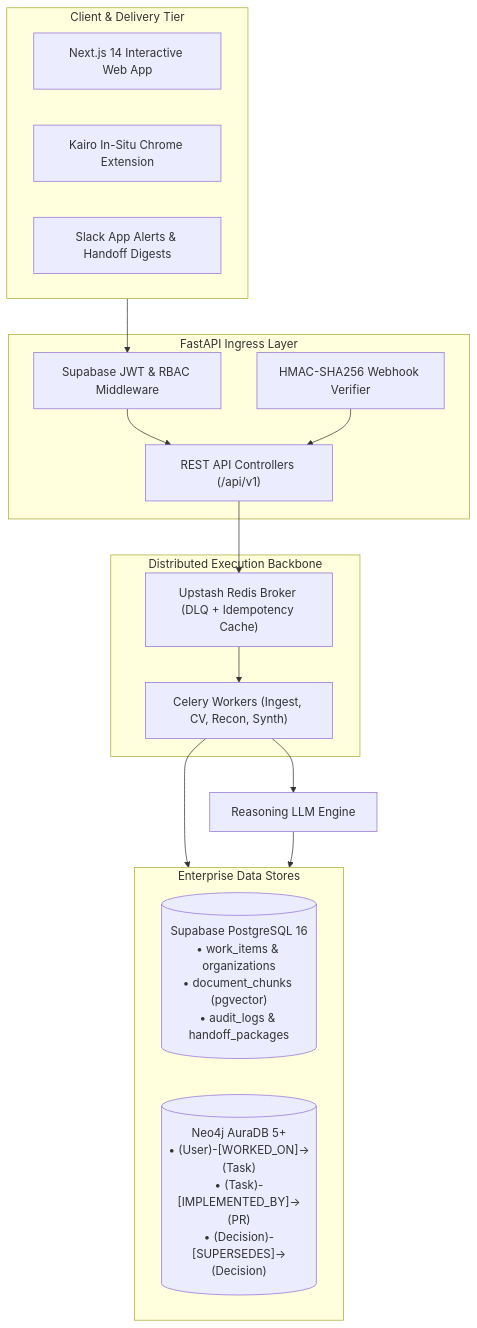
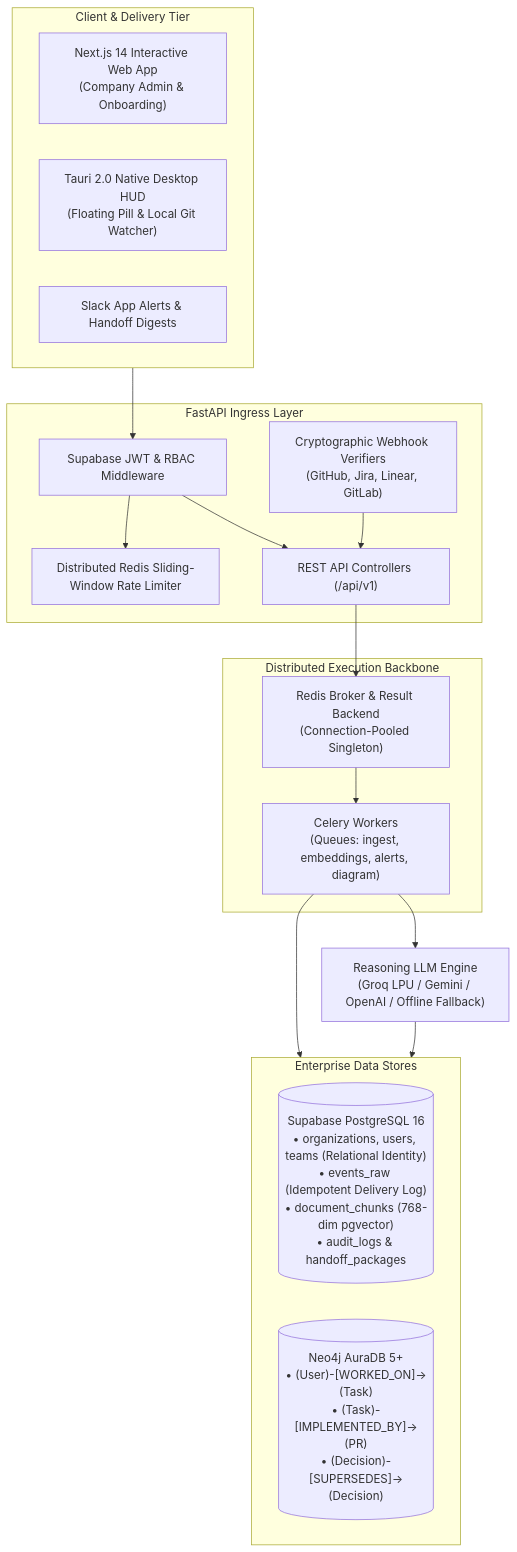
Before and after one commit to adi-tya10/kairo: the second of 2 diagrams in README.md, drawn with Mermaid. The commit also changed other lines of this file, not shown here.

Commit message:
docs(architecture): synchronize architecture diagrams, tech stack, and component tiers in README.md

````diff
--- a/README.md
+++ b/README.md
@@ -86,31 +90,33 @@
 ```mermaid
 flowchart TD
     subgraph CLIENT_TIER ["Client & Delivery Tier"]
-        WEB["Next.js 14 Interactive Web App"]
-        EXT["Kairo In-Situ Chrome Extension"]
+        WEB["Next.js 14 Interactive Web App\n(Company Admin & Onboarding)"]
+        HUD["Tauri 2.0 Native Desktop HUD\n(Floating Pill & Local Git Watcher)"]
         SLACK_BOT["Slack App Alerts & Handoff Digests"]
     end
 
     subgraph API_TIER ["FastAPI Ingress Layer"]
         AUTH["Supabase JWT & RBAC Middleware"]
-        HMAC["HMAC-SHA256 Webhook Verifier"]
+        RATE["Distributed Redis Sliding-Window Rate Limiter"]
+        HMAC["Cryptographic Webhook Verifiers\n(GitHub, Jira, Linear, GitLab)"]
         REST["REST API Controllers (/api/v1)"]
     end
 
     subgraph ASYNC_TIER ["Distributed Execution Backbone"]
-        REDIS["Upstash Redis Broker (DLQ + Idempotency Cache)"]
-        WORKER["Celery Workers (Ingest, CV, Recon, Synth)"]
+        REDIS["Redis Broker & Result Backend\n(Connection-Pooled Singleton)"]
+        WORKER["Celery Workers\n(Queues: ingest, embeddings, alerts, diagram)"]
     end
 
     subgraph STORAGE_TIER ["Enterprise Data Stores"]
-        POSTGRES[("Supabase PostgreSQL 16\n• work_items & organizations\n• document_chunks (pgvector)\n• audit_logs & handoff_packages")]
+        POSTGRES[("Supabase PostgreSQL 16\n• organizations, users, teams (Relational Identity)\n• events_raw (Idempotent Delivery Log)\n• document_chunks (768-dim pgvector)\n• audit_logs & handoff_packages")]
         GRAPH[("Neo4j AuraDB 5+\n• (User)-[WORKED_ON]->(Task)\n• (Task)-[IMPLEMENTED_BY]->(PR)\n• (Decision)-[SUPERSEDES]->(Decision)")]
     end
 
     CLIENT_TIER --> AUTH --> REST
     HMAC --> REST
+    AUTH --> RATE
     REST --> REDIS --> WORKER
     WORKER --> STORAGE_TIER
-    WORKER --> LLM["Reasoning LLM Engine"]
+    WORKER --> LLM["Reasoning LLM Engine\n(Groq LPU / Gemini / OpenAI / Offline Fallback)"]
     LLM --> STORAGE_TIER
 ```
````
